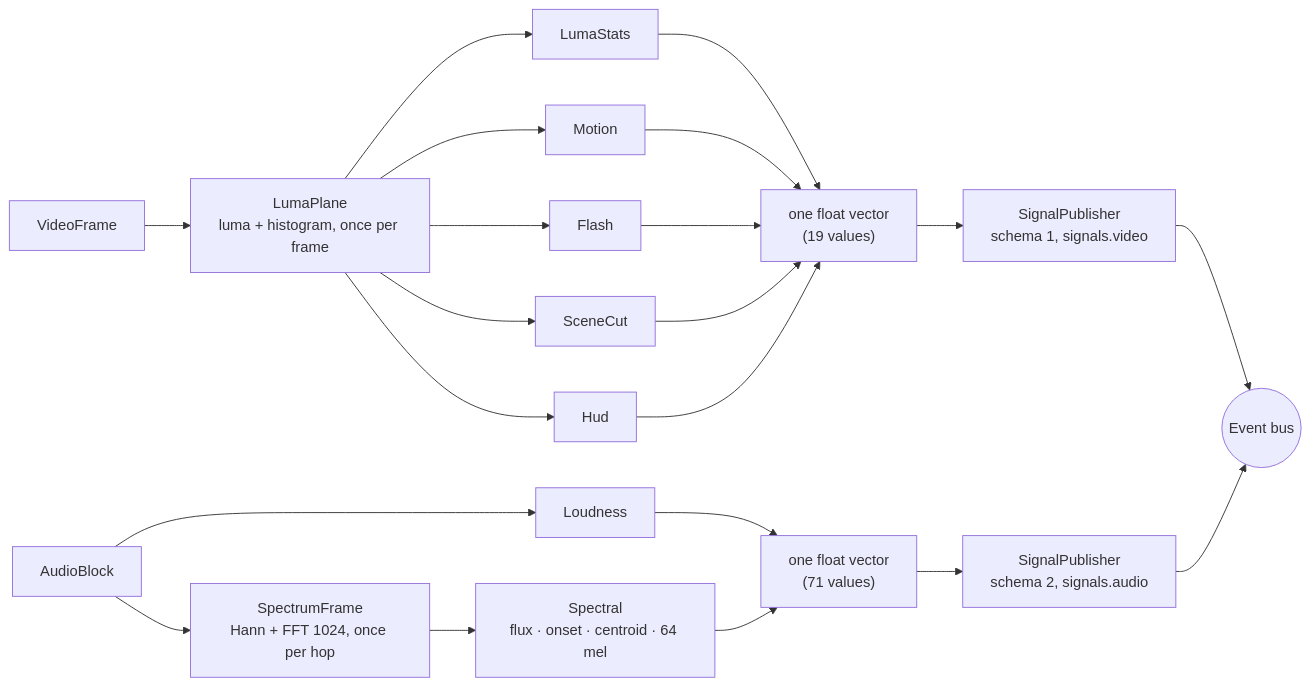
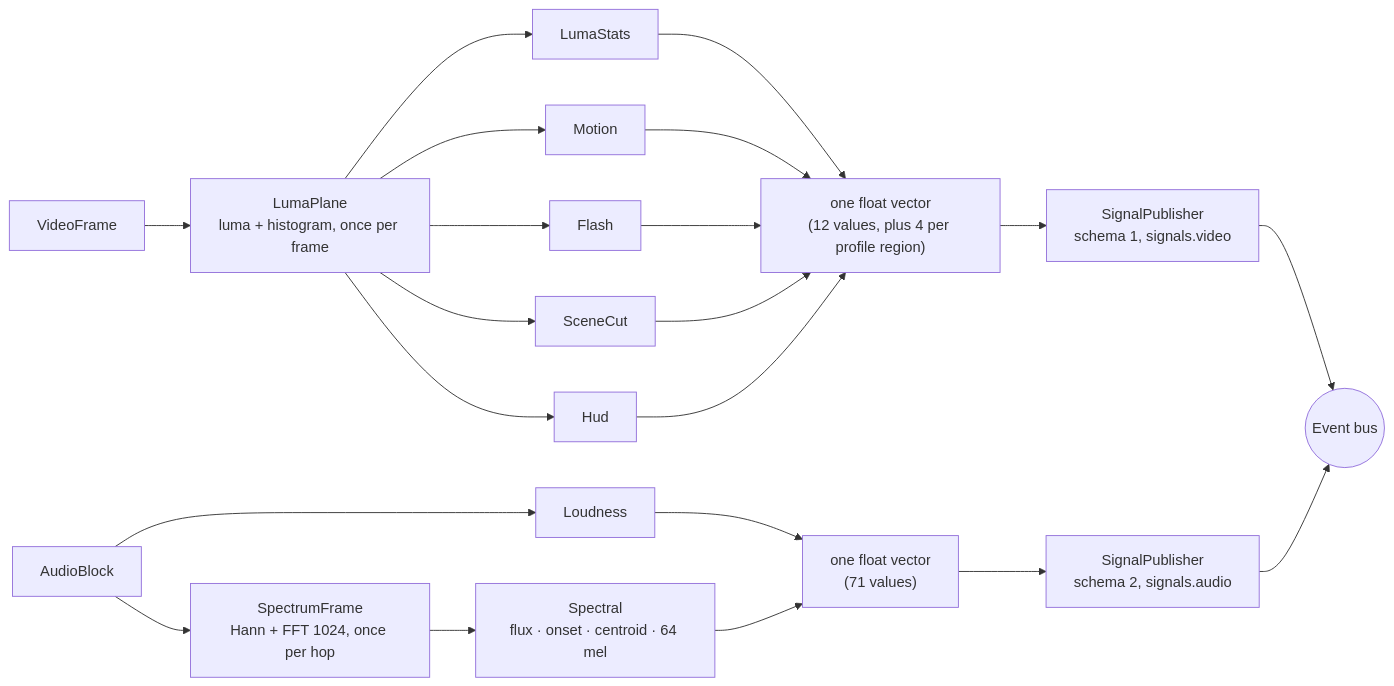
The first of 2 diagrams in docs/wiki/Signals-Library.md (Joshmh7128/Lookback), drawn with Mermaid before and after one commit. The commit also changed 4 other files, not shown here.

````diff
--- a/docs/wiki/Signals-Library.md
+++ b/docs/wiki/Signals-Library.md
@@ -15,15 +15,15 @@
 ```mermaid
 flowchart LR
     VF[VideoFrame] --> LP[LumaPlane<br/>luma + histogram, once per frame]
     LP --> L[LumaStats] & M[Motion] & F[Flash] & S[SceneCut] & H[Hud]
-    L & M & F & S & H --> VV["one float vector<br/>(19 values)"]
+    L & M & F & S & H --> VV["one float vector<br/>(12 values, plus 4 per profile region)"]
     VV --> VP[SignalPublisher<br/>schema 1, signals.video]
 
     AB[AudioBlock] --> SP[SpectrumFrame<br/>Hann + FFT 1024, once per hop]
     AB --> LO[Loudness]
     SP --> SPC[Spectral<br/>flux · onset · centroid · 64 mel]
     LO & SPC --> AV["one float vector<br/>(71 values)"]
     AV --> AP[SignalPublisher<br/>schema 2, signals.audio]
 
     VP & AP --> BUS((Event bus))
 ```
````
